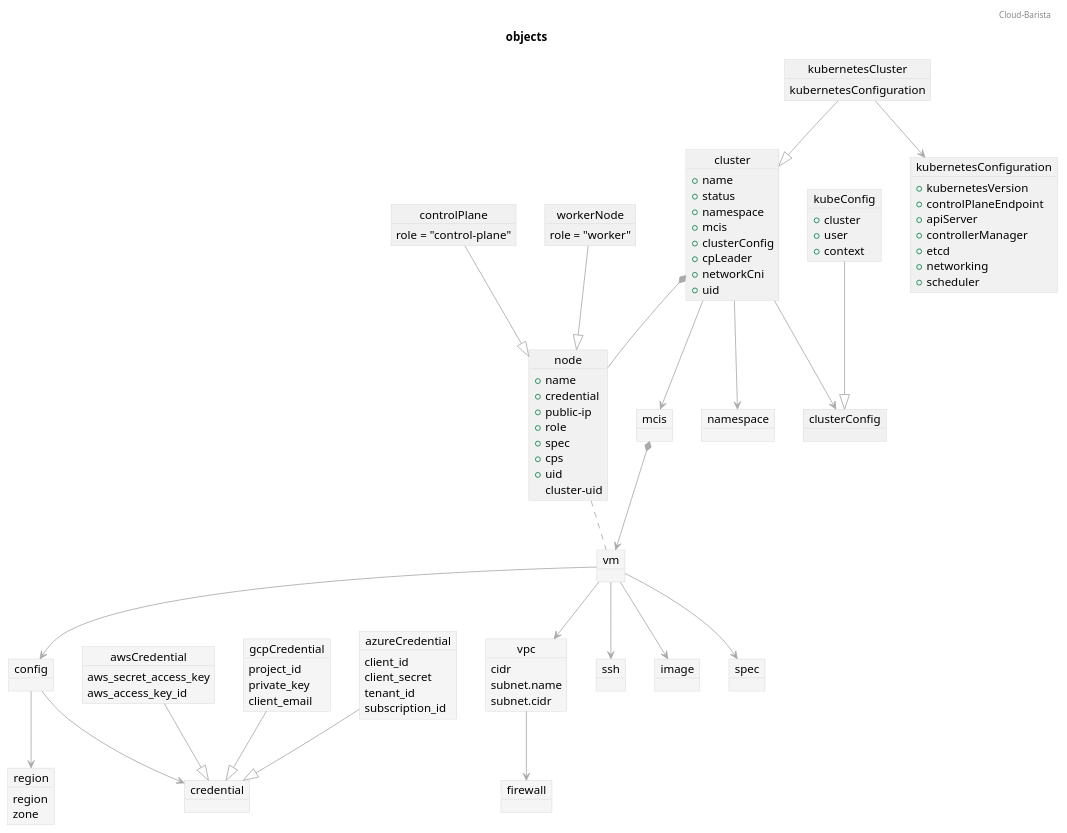
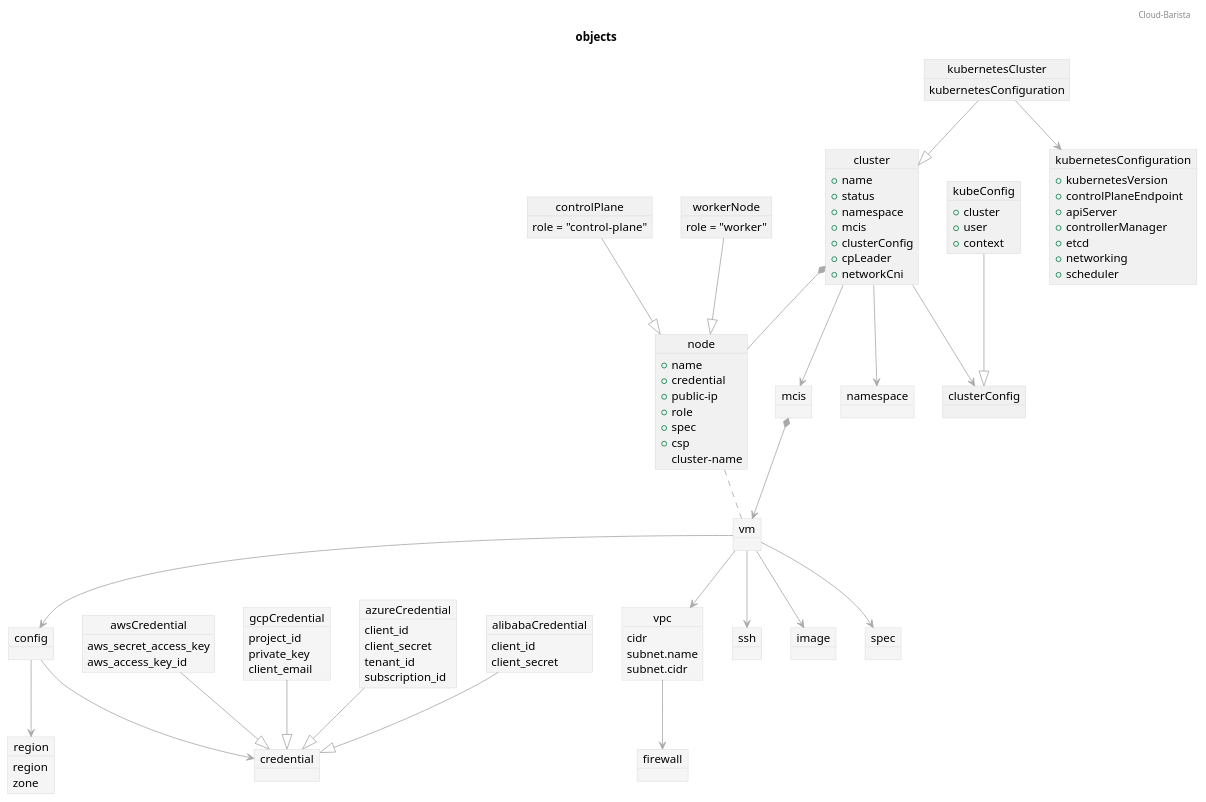
One commit to cloud-barista/cb-ladybug changed the diagram in docs/design/objects.puml. Above: the diagram before and after it, drawn with PlantUML. The commit also changed 11 other files, not shown here.

Commit message:
fix: remove uid from cluster & node struct (#49)

```diff
--- a/docs/design/objects.puml
+++ b/docs/design/objects.puml
@@ -1,156 +1,159 @@
 @startuml
 
 header Cloud-Barista
 title objects
 skinparam object {
 	' backgroundColor	GreenYellow
 	ArrowColor		DarkGray
 	BorderColor		LightGray
 }
 
 ' # spider ----------------
 object region #WhiteSmoke {
 	region
 	zone
 }
 object credential #WhiteSmoke {
 }
 object awsCredential #WhiteSmoke {
 	aws_secret_access_key
 	aws_access_key_id
 }
 object gcpCredential #WhiteSmoke {
 	project_id
 	private_key
 	client_email
 }
 object azureCredential #WhiteSmoke {
 	client_id
 	client_secret
 	tenant_id	
 	subscription_id
 }
+object alibabaCredential #WhiteSmoke {
+	client_id
+	client_secret
+}
 
 object config #WhiteSmoke {
 }
 object vm #WhiteSmoke {
 }
 ' }
 awsCredential	--|>	credential
 gcpCredential	--|>	credential
 azureCredential	--|>	credential
+alibabaCredential	--|>	credential
 config			-->		credential
 config			-->		region
 
 ' # tumblebug ----------------
 object namespace #WhiteSmoke {
 }
 object vpc #WhiteSmoke {
 	cidr
 	subnet.name
 	subnet.cidr
 }
 object firewall #WhiteSmoke {
 }
 object ssh #WhiteSmoke {
 }
 object image #WhiteSmoke {
 }
 object spec #WhiteSmoke {
 }
 object mcis #WhiteSmoke {
 }
 
 vpc		-->		firewall
 vm		-->		vpc
 vm		-->		config
 vm		-->		ssh
 vm		-->		image
 vm		-->		spec
 mcis	*-->	vm
 
 
 ' # ladybug ----------------
 object cluster {
 	+name
 	+status
 	+namespace
 	+mcis
 	+clusterConfig
 	+cpLeader
 	+networkCni
-	+uid
 }
 object kubernetesCluster {
 	kubernetesConfiguration
 }
 
 object kubernetesConfiguration {
 	+kubernetesVersion
 	+controlPlaneEndpoint
 	+apiServer
 	+controllerManager
 	+etcd
 	+networking
 	+scheduler
 }
 object node  {
 	+name
 	+credential
 	+public-ip
 	+role
 	+spec
-	+cps
-	+uid
-	cluster-uid
+	+csp
+	cluster-name
 }
 object controlPlane  {
 	role = "control-plane"
 }
 object workerNode  {
 	role = "worker"
 }
 
 controlPlane	--|>	node
 workerNode		--|>	node
 
 
 object clusterConfig  {
 }
 
 object kubeConfig  {
 	+cluster
 	+user
 	+context
 }
 
 cluster		-->	 	namespace
 cluster		*--		node
 cluster		-->		mcis
 cluster		-->		clusterConfig
 
 kubernetesCluster	--|>	cluster
 kubernetesCluster	-->		kubernetesConfiguration
 node				..		vm
 
 kubeConfig		--|>	clusterConfig
 
 
 '' # ladybug controller ----------------
 'object clusterDeployment #GreenYellow {
 '	+namespace
 '	+mcis
 '	+controlPlaneCount
 '	+wokrerCount
 '}
 'object nodeSet #GreenYellow {
 '	+replicas
 '}
 
 
 'clusterDeployment	-->		cluster
 'clusterDeployment	..>		mcis
 'nodeSet				*-->	node
 'nodeSet				..		clusterDeployment
 
 @enduml
```
